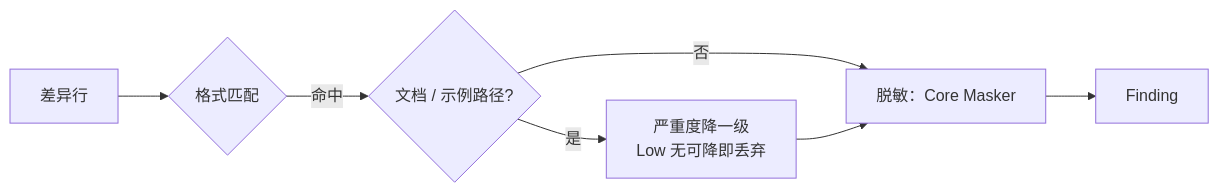
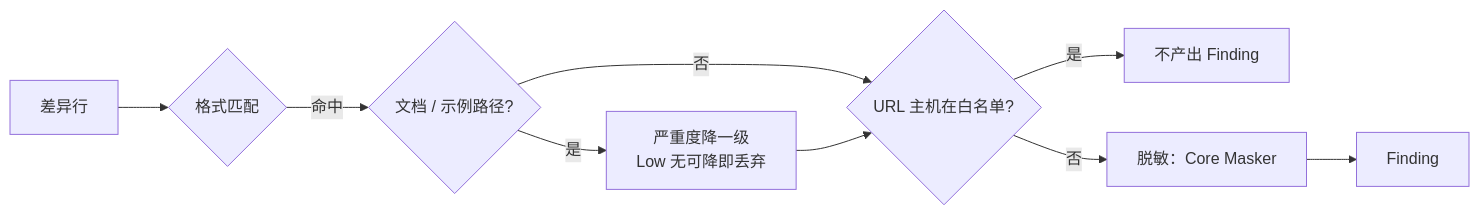
One commit to Camefor/GitGuard changed the diagram in docs/模块设计/LocalPathUrl.md. Above: the diagram before and after it, drawn with Mermaid. The commit also changed other lines of this file and 21 other files, not shown here.

````diff
--- a/docs/模块设计/LocalPathUrl.md
+++ b/docs/模块设计/LocalPathUrl.md
@@ -70,9 +71,11 @@
 ```mermaid
 flowchart LR
     Line[差异行] --> Match{格式匹配}
     Match -- 命中 --> Path{文档 / 示例路径?}
     Path -- 是 --> Step[严重度降一级\nLow 无可降即丢弃]
-    Path -- 否 --> Mask[脱敏：Core Masker]
-    Step --> Mask
+    Path -- 否 --> Host{URL 主机在白名单?}
+    Step --> Host
+    Host -- 是 --> Drop[不产出 Finding]
+    Host -- 否 --> Mask[脱敏：Core Masker]
     Mask --> Finding
 ```
````
